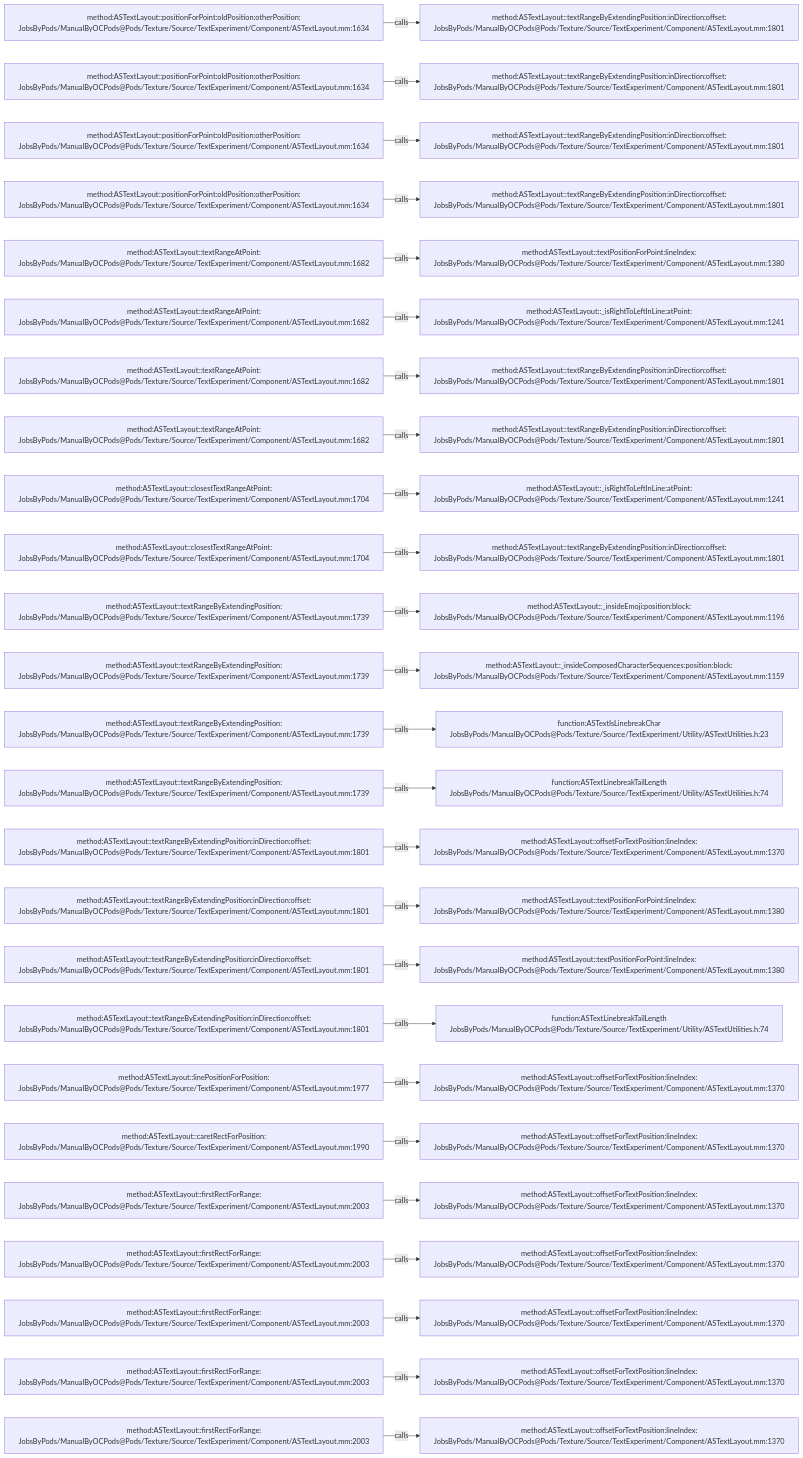
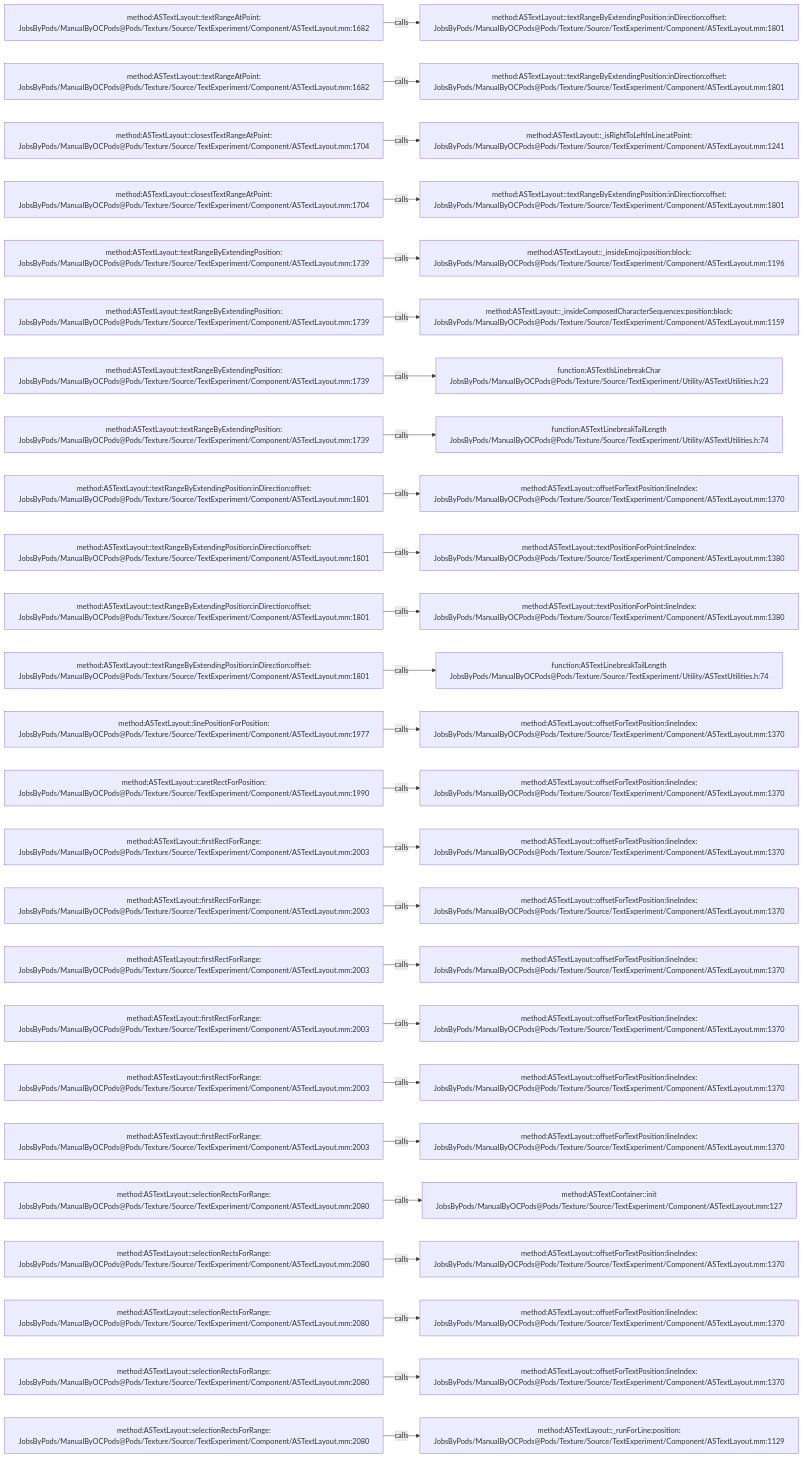
The diagram in .codegraph/codegraph.md/graphs/calls-195.md (JobsKits/JobsOCBaseConfigDemo), drawn with Mermaid before and after one commit. The commit also changed 666 other files, not shown here.

````diff
--- a/.codegraph/codegraph.md/graphs/calls-195.md
+++ b/.codegraph/codegraph.md/graphs/calls-195.md
@@ -13,78 +13,78 @@
 ```mermaid
 flowchart LR
-  S1["method:ASTextLayout::positionForPoint:oldPosition:otherPosition:<br/>JobsByPods/ManualByOCPods@Pods/Texture/Source/TextExperiment/Component/ASTextLayout.mm:1634"]
+  S1["method:ASTextLayout::textRangeAtPoint:<br/>JobsByPods/ManualByOCPods@Pods/Texture/Source/TextExperiment/Component/ASTextLayout.mm:1682"]
   T1["method:ASTextLayout::textRangeByExtendingPosition:inDirection:offset:<br/>JobsByPods/ManualByOCPods@Pods/Texture/Source/TextExperiment/Component/ASTextLayout.mm:1801"]
   S1 -->|calls| T1
-  S2["method:ASTextLayout::positionForPoint:oldPosition:otherPosition:<br/>JobsByPods/ManualByOCPods@Pods/Texture/Source/TextExperiment/Component/ASTextLayout.mm:1634"]
+  S2["method:ASTextLayout::textRangeAtPoint:<br/>JobsByPods/ManualByOCPods@Pods/Texture/Source/TextExperiment/Component/ASTextLayout.mm:1682"]
   T2["method:ASTextLayout::textRangeByExtendingPosition:inDirection:offset:<br/>JobsByPods/ManualByOCPods@Pods/Texture/Source/TextExperiment/Component/ASTextLayout.mm:1801"]
   S2 -->|calls| T2
-  S3["method:ASTextLayout::positionForPoint:oldPosition:otherPosition:<br/>JobsByPods/ManualByOCPods@Pods/Texture/Source/TextExperiment/Component/ASTextLayout.mm:1634"]
-  T3["method:ASTextLayout::textRangeByExtendingPosition:inDirection:offset:<br/>JobsByPods/ManualByOCPods@Pods/Texture/Source/TextExperiment/Component/ASTextLayout.mm:1801"]
+  S3["method:ASTextLayout::closestTextRangeAtPoint:<br/>JobsByPods/ManualByOCPods@Pods/Texture/Source/TextExperiment/Component/ASTextLayout.mm:1704"]
+  T3["method:ASTextLayout::_isRightToLeftInLine:atPoint:<br/>JobsByPods/ManualByOCPods@Pods/Texture/Source/TextExperiment/Component/ASTextLayout.mm:1241"]
   S3 -->|calls| T3
-  S4["method:ASTextLayout::positionForPoint:oldPosition:otherPosition:<br/>JobsByPods/ManualByOCPods@Pods/Texture/Source/TextExperiment/Component/ASTextLayout.mm:1634"]
+  S4["method:ASTextLayout::closestTextRangeAtPoint:<br/>JobsByPods/ManualByOCPods@Pods/Texture/Source/TextExperiment/Component/ASTextLayout.mm:1704"]
   T4["method:ASTextLayout::textRangeByExtendingPosition:inDirection:offset:<br/>JobsByPods/ManualByOCPods@Pods/Texture/Source/TextExperiment/Component/ASTextLayout.mm:1801"]
   S4 -->|calls| T4
-  S5["method:ASTextLayout::textRangeAtPoint:<br/>JobsByPods/ManualByOCPods@Pods/Texture/Source/TextExperiment/Component/ASTextLayout.mm:1682"]
-  T5["method:ASTextLayout::textPositionForPoint:lineIndex:<br/>JobsByPods/ManualByOCPods@Pods/Texture/Source/TextExperiment/Component/ASTextLayout.mm:1380"]
+  S5["method:ASTextLayout::textRangeByExtendingPosition:<br/>JobsByPods/ManualByOCPods@Pods/Texture/Source/TextExperiment/Component/ASTextLayout.mm:1739"]
+  T5["method:ASTextLayout::_insideEmoji:position:block:<br/>JobsByPods/ManualByOCPods@Pods/Texture/Source/TextExperiment/Component/ASTextLayout.mm:1196"]
   S5 -->|calls| T5
-  S6["method:ASTextLayout::textRangeAtPoint:<br/>JobsByPods/ManualByOCPods@Pods/Texture/Source/TextExperiment/Component/ASTextLayout.mm:1682"]
-  T6["method:ASTextLayout::_isRightToLeftInLine:atPoint:<br/>JobsByPods/ManualByOCPods@Pods/Texture/Source/TextExperiment/Component/ASTextLayout.mm:1241"]
+  S6["method:ASTextLayout::textRangeByExtendingPosition:<br/>JobsByPods/ManualByOCPods@Pods/Texture/Source/TextExperiment/Component/ASTextLayout.mm:1739"]
+  T6["method:ASTextLayout::_insideComposedCharacterSequences:position:block:<br/>JobsByPods/ManualByOCPods@Pods/Texture/Source/TextExperiment/Component/ASTextLayout.mm:1159"]
   S6 -->|calls| T6
-  S7["method:ASTextLayout::textRangeAtPoint:<br/>JobsByPods/ManualByOCPods@Pods/Texture/Source/TextExperiment/Component/ASTextLayout.mm:1682"]
-  T7["method:ASTextLayout::textRangeByExtendingPosition:inDirection:offset:<br/>JobsByPods/ManualByOCPods@Pods/Texture/Source/TextExperiment/Component/ASTextLayout.mm:1801"]
+  S7["method:ASTextLayout::textRangeByExtendingPosition:<br/>JobsByPods/ManualByOCPods@Pods/Texture/Source/TextExperiment/Component/ASTextLayout.mm:1739"]
+  T7["function:ASTextIsLinebreakChar<br/>JobsByPods/ManualByOCPods@Pods/Texture/Source/TextExperiment/Utility/ASTextUtilities.h:23"]
   S7 -->|calls| T7
-  S8["method:ASTextLayout::textRangeAtPoint:<br/>JobsByPods/ManualByOCPods@Pods/Texture/Source/TextExperiment/Component/ASTextLayout.mm:1682"]
-  T8["method:ASTextLayout::textRangeByExtendingPosition:inDirection:offset:<br/>JobsByPods/ManualByOCPods@Pods/Texture/Source/TextExperiment/Component/ASTextLayout.mm:1801"]
+  S8["method:ASTextLayout::textRangeByExtendingPosition:<br/>JobsByPods/ManualByOCPods@Pods/Texture/Source/TextExperiment/Component/ASTextLayout.mm:1739"]
+  T8["function:ASTextLinebreakTailLength<br/>JobsByPods/ManualByOCPods@Pods/Texture/Source/TextExperiment/Utility/ASTextUtilities.h:74"]
   S8 -->|calls| T8
-  S9["method:ASTextLayout::closestTextRangeAtPoint:<br/>JobsByPods/ManualByOCPods@Pods/Texture/Source/TextExperiment/Component/ASTextLayout.mm:1704"]
-  T9["method:ASTextLayout::_isRightToLeftInLine:atPoint:<br/>JobsByPods/ManualByOCPods@Pods/Texture/Source/TextExperiment/Component/ASTextLayout.mm:1241"]
+  S9["method:ASTextLayout::textRangeByExtendingPosition:inDirection:offset:<br/>JobsByPods/ManualByOCPods@Pods/Texture/Source/TextExperiment/Component/ASTextLayout.mm:1801"]
+  T9["method:ASTextLayout::offsetForTextPosition:lineIndex:<br/>JobsByPods/ManualByOCPods@Pods/Texture/Source/TextExperiment/Component/ASTextLayout.mm:1370"]
   S9 -->|calls| T9
-  S10["method:ASTextLayout::closestTextRangeAtPoint:<br/>JobsByPods/ManualByOCPods@Pods/Texture/Source/TextExperiment/Component/ASTextLayout.mm:1704"]
-  T10["method:ASTextLayout::textRangeByExtendingPosition:inDirection:offset:<br/>JobsByPods/ManualByOCPods@Pods/Texture/Source/TextExperiment/Component/ASTextLayout.mm:1801"]
+  S10["method:ASTextLayout::textRangeByExtendingPosition:inDirection:offset:<br/>JobsByPods/ManualByOCPods@Pods/Texture/Source/TextExperiment/Component/ASTextLayout.mm:1801"]
+  T10["method:ASTextLayout::textPositionForPoint:lineIndex:<br/>JobsByPods/ManualByOCPods@Pods/Texture/Source/TextExperiment/Component/ASTextLayout.mm:1380"]
   S10 -->|calls| T10
-  S11["method:ASTextLayout::textRangeByExtendingPosition:<br/>JobsByPods/ManualByOCPods@Pods/Texture/Source/TextExperiment/Component/ASTextLayout.mm:1739"]
-  T11["method:ASTextLayout::_insideEmoji:position:block:<br/>JobsByPods/ManualByOCPods@Pods/Texture/Source/TextExperiment/Component/ASTextLayout.mm:1196"]
+  S11["method:ASTextLayout::textRangeByExtendingPosition:inDirection:offset:<br/>JobsByPods/ManualByOCPods@Pods/Texture/Source/TextExperiment/Component/ASTextLayout.mm:1801"]
+  T11["method:ASTextLayout::textPositionForPoint:lineIndex:<br/>JobsByPods/ManualByOCPods@Pods/Texture/Source/TextExperiment/Component/ASTextLayout.mm:1380"]
   S11 -->|calls| T11
-  S12["method:ASTextLayout::textRangeByExtendingPosition:<br/>JobsByPods/ManualByOCPods@Pods/Texture/Source/TextExperiment/Component/ASTextLayout.mm:1739"]
-  T12["method:ASTextLayout::_insideComposedCharacterSequences:position:block:<br/>JobsByPods/ManualByOCPods@Pods/Texture/Source/TextExperiment/Component/ASTextLayout.mm:1159"]
+  S12["method:ASTextLayout::textRangeByExtendingPosition:inDirection:offset:<br/>JobsByPods/ManualByOCPods@Pods/Texture/Source/TextExperiment/Component/ASTextLayout.mm:1801"]
+  T12["function:ASTextLinebreakTailLength<br/>JobsByPods/ManualByOCPods@Pods/Texture/Source/TextExperiment/Utility/ASTextUtilities.h:74"]
   S12 -->|calls| T12
-  S13["method:ASTextLayout::textRangeByExtendingPosition:<br/>JobsByPods/ManualByOCPods@Pods/Texture/Source/TextExperiment/Component/ASTextLayout.mm:1739"]
-  T13["function:ASTextIsLinebreakChar<br/>JobsByPods/ManualByOCPods@Pods/Texture/Source/TextExperiment/Utility/ASTextUtilities.h:23"]
+  S13["method:ASTextLayout::linePositionForPosition:<br/>JobsByPods/ManualByOCPods@Pods/Texture/Source/TextExperiment/Component/ASTextLayout.mm:1977"]
+  T13["method:ASTextLayout::offsetForTextPosition:lineIndex:<br/>JobsByPods/ManualByOCPods@Pods/Texture/Source/TextExperiment/Component/ASTextLayout.mm:1370"]
   S13 -->|calls| T13
-  S14["method:ASTextLayout::textRangeByExtendingPosition:<br/>JobsByPods/ManualByOCPods@Pods/Texture/Source/TextExperiment/Component/ASTextLayout.mm:1739"]
-  T14["function:ASTextLinebreakTailLength<br/>JobsByPods/ManualByOCPods@Pods/Texture/Source/TextExperiment/Utility/ASTextUtilities.h:74"]
+  S14["method:ASTextLayout::caretRectForPosition:<br/>JobsByPods/ManualByOCPods@Pods/Texture/Source/TextExperiment/Component/ASTextLayout.mm:1990"]
+  T14["method:ASTextLayout::offsetForTextPosition:lineIndex:<br/>JobsByPods/ManualByOCPods@Pods/Texture/Source/TextExperiment/Component/ASTextLayout.mm:1370"]
   S14 -->|calls| T14
-  S15["method:ASTextLayout::textRangeByExtendingPosition:inDirection:offset:<br/>JobsByPods/ManualByOCPods@Pods/Texture/Source/TextExperiment/Component/ASTextLayout.mm:1801"]
+  S15["method:ASTextLayout::firstRectForRange:<br/>JobsByPods/ManualByOCPods@Pods/Texture/Source/TextExperiment/Component/ASTextLayout.mm:2003"]
   T15["method:ASTextLayout::offsetForTextPosition:lineIndex:<br/>JobsByPods/ManualByOCPods@Pods/Texture/Source/TextExperiment/Component/ASTextLayout.mm:1370"]
   S15 -->|calls| T15
-  S16["method:ASTextLayout::textRangeByExtendingPosition:inDirection:offset:<br/>JobsByPods/ManualByOCPods@Pods/Texture/Source/TextExperiment/Component/ASTextLayout.mm:1801"]
-  T16["method:ASTextLayout::textPositionForPoint:lineIndex:<br/>JobsByPods/ManualByOCPods@Pods/Texture/Source/TextExperiment/Component/ASTextLayout.mm:1380"]
+  S16["method:ASTextLayout::firstRectForRange:<br/>JobsByPods/ManualByOCPods@Pods/Texture/Source/TextExperiment/Component/ASTextLayout.mm:2003"]
+  T16["method:ASTextLayout::offsetForTextPosition:lineIndex:<br/>JobsByPods/ManualByOCPods@Pods/Texture/Source/TextExperiment/Component/ASTextLayout.mm:1370"]
   S16 -->|calls| T16
-  S17["method:ASTextLayout::textRangeByExtendingPosition:inDirection:offset:<br/>JobsByPods/ManualByOCPods@Pods/Texture/Source/TextExperiment/Component/ASTextLayout.mm:1801"]
-  T17["method:ASTextLayout::textPositionForPoint:lineIndex:<br/>JobsByPods/ManualByOCPods@Pods/Texture/Source/TextExperiment/Component/ASTextLayout.mm:1380"]
+  S17["method:ASTextLayout::firstRectForRange:<br/>JobsByPods/ManualByOCPods@Pods/Texture/Source/TextExperiment/Component/ASTextLayout.mm:2003"]
+  T17["method:ASTextLayout::offsetForTextPosition:lineIndex:<br/>JobsByPods/ManualByOCPods@Pods/Texture/Source/TextExperiment/Component/ASTextLayout.mm:1370"]
   S17 -->|calls| T17
-  S18["method:ASTextLayout::textRangeByExtendingPosition:inDirection:offset:<br/>JobsByPods/ManualByOCPods@Pods/Texture/Source/TextExperiment/Component/ASTextLayout.mm:1801"]
-  T18["function:ASTextLinebreakTailLength<br/>JobsByPods/ManualByOCPods@Pods/Texture/Source/TextExperiment/Utility/ASTextUtilities.h:74"]
+  S18["method:ASTextLayout::firstRectForRange:<br/>JobsByPods/ManualByOCPods@Pods/Texture/Source/TextExperiment/Component/ASTextLayout.mm:2003"]
+  T18["method:ASTextLayout::offsetForTextPosition:lineIndex:<br/>JobsByPods/ManualByOCPods@Pods/Texture/Source/TextExperiment/Component/ASTextLayout.mm:1370"]
   S18 -->|calls| T18
-  S19["method:ASTextLayout::linePositionForPosition:<br/>JobsByPods/ManualByOCPods@Pods/Texture/Source/TextExperiment/Component/ASTextLayout.mm:1977"]
+  S19["method:ASTextLayout::firstRectForRange:<br/>JobsByPods/ManualByOCPods@Pods/Texture/Source/TextExperiment/Component/ASTextLayout.mm:2003"]
   T19["method:ASTextLayout::offsetForTextPosition:lineIndex:<br/>JobsByPods/ManualByOCPods@Pods/Texture/Source/TextExperiment/Component/ASTextLayout.mm:1370"]
   S19 -->|calls| T19
-  S20["method:ASTextLayout::caretRectForPosition:<br/>JobsByPods/ManualByOCPods@Pods/Texture/Source/TextExperiment/Component/ASTextLayout.mm:1990"]
+  S20["method:ASTextLayout::firstRectForRange:<br/>JobsByPods/ManualByOCPods@Pods/Texture/Source/TextExperiment/Component/ASTextLayout.mm:2003"]
   T20["method:ASTextLayout::offsetForTextPosition:lineIndex:<br/>JobsByPods/ManualByOCPods@Pods/Texture/Source/TextExperiment/Component/ASTextLayout.mm:1370"]
   S20 -->|calls| T20
-  S21["method:ASTextLayout::firstRectForRange:<br/>JobsByPods/ManualByOCPods@Pods/Texture/Source/TextExperiment/Component/ASTextLayout.mm:2003"]
-  T21["method:ASTextLayout::offsetForTextPosition:lineIndex:<br/>JobsByPods/ManualByOCPods@Pods/Texture/Source/TextExperiment/Component/ASTextLayout.mm:1370"]
+  S21["method:ASTextLayout::selectionRectsForRange:<br/>JobsByPods/ManualByOCPods@Pods/Texture/Source/TextExperiment/Component/ASTextLayout.mm:2080"]
+  T21["method:ASTextContainer::init<br/>JobsByPods/ManualByOCPods@Pods/Texture/Source/TextExperiment/Component/ASTextLayout.mm:127"]
   S21 -->|calls| T21
-  S22["method:ASTextLayout::firstRectForRange:<br/>JobsByPods/ManualByOCPods@Pods/Texture/Source/TextExperiment/Component/ASTextLayout.mm:2003"]
+  S22["method:ASTextLayout::selectionRectsForRange:<br/>JobsByPods/ManualByOCPods@Pods/Texture/Source/TextExperiment/Component/ASTextLayout.mm:2080"]
   T22["method:ASTextLayout::offsetForTextPosition:lineIndex:<br/>JobsByPods/ManualByOCPods@Pods/Texture/Source/TextExperiment/Component/ASTextLayout.mm:1370"]
   S22 -->|calls| T22
-  S23["method:ASTextLayout::firstRectForRange:<br/>JobsByPods/ManualByOCPods@Pods/Texture/Source/TextExperiment/Component/ASTextLayout.mm:2003"]
+  S23["method:ASTextLayout::selectionRectsForRange:<br/>JobsByPods/ManualByOCPods@Pods/Texture/Source/TextExperiment/Component/ASTextLayout.mm:2080"]
   T23["method:ASTextLayout::offsetForTextPosition:lineIndex:<br/>JobsByPods/ManualByOCPods@Pods/Texture/Source/TextExperiment/Component/ASTextLayout.mm:1370"]
   S23 -->|calls| T23
-  S24["method:ASTextLayout::firstRectForRange:<br/>JobsByPods/ManualByOCPods@Pods/Texture/Source/TextExperiment/Component/ASTextLayout.mm:2003"]
+  S24["method:ASTextLayout::selectionRectsForRange:<br/>JobsByPods/ManualByOCPods@Pods/Texture/Source/TextExperiment/Component/ASTextLayout.mm:2080"]
   T24["method:ASTextLayout::offsetForTextPosition:lineIndex:<br/>JobsByPods/ManualByOCPods@Pods/Texture/Source/TextExperiment/Component/ASTextLayout.mm:1370"]
   S24 -->|calls| T24
-  S25["method:ASTextLayout::firstRectForRange:<br/>JobsByPods/ManualByOCPods@Pods/Texture/Source/TextExperiment/Component/ASTextLayout.mm:2003"]
-  T25["method:ASTextLayout::offsetForTextPosition:lineIndex:<br/>JobsByPods/ManualByOCPods@Pods/Texture/Source/TextExperiment/Component/ASTextLayout.mm:1370"]
+  S25["method:ASTextLayout::selectionRectsForRange:<br/>JobsByPods/ManualByOCPods@Pods/Texture/Source/TextExperiment/Component/ASTextLayout.mm:2080"]
+  T25["method:ASTextLayout::_runForLine:position:<br/>JobsByPods/ManualByOCPods@Pods/Texture/Source/TextExperiment/Component/ASTextLayout.mm:1129"]
   S25 -->|calls| T25
 ```
````
